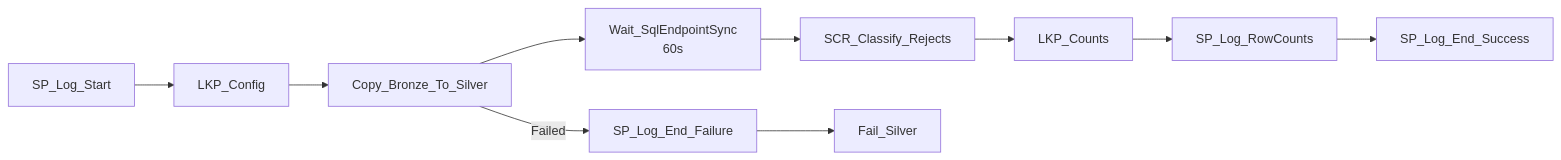
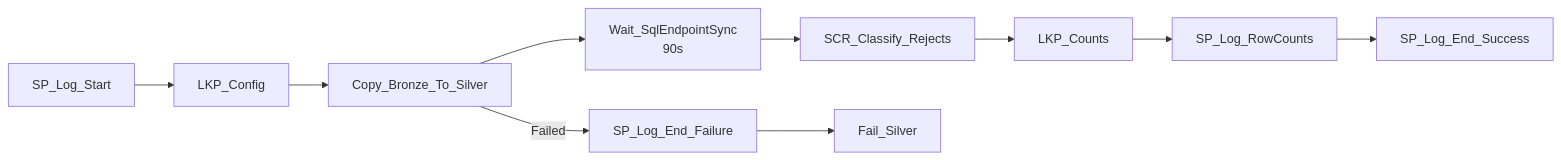
The diagram in 04-pipelines/pl_silver_load.md (hSushmithaShetty13/fabric-finance-poc-practice), drawn with Mermaid before and after one commit. The commit also changed other lines of this file and 5 other files, not shown here.

````diff
--- a/04-pipelines/pl_silver_load.md
+++ b/04-pipelines/pl_silver_load.md
@@ -23,11 +23,11 @@
 ```mermaid
 flowchart LR
     A[SP_Log_Start] --> B[LKP_Config]
     B --> C[Copy_Bronze_To_Silver]
-    C --> D[Wait_SqlEndpointSync\n60s]
+    C --> D[Wait_SqlEndpointSync\n90s]
     D --> E[SCR_Classify_Rejects]
     E --> F[LKP_Counts]
     F --> G[SP_Log_RowCounts]
     G --> H[SP_Log_End_Success]
     C -->|Failed| I[SP_Log_End_Failure] --> J[Fail_Silver]
 ```
````
